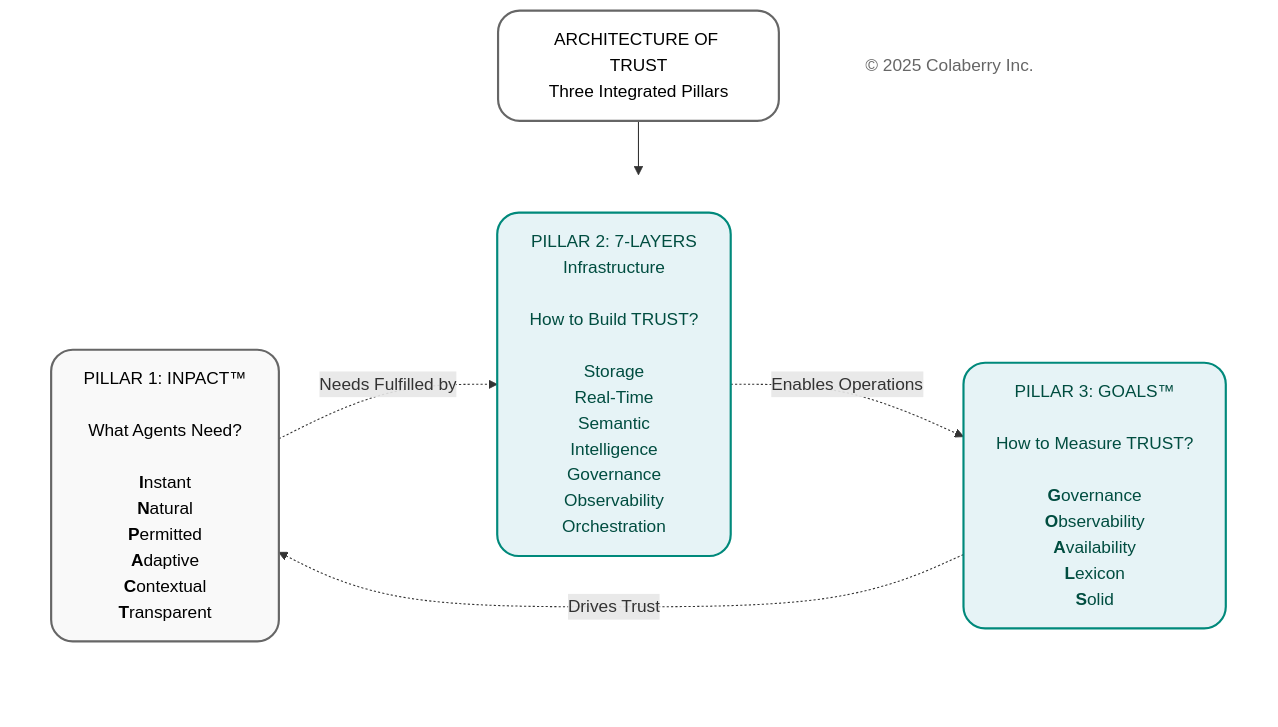
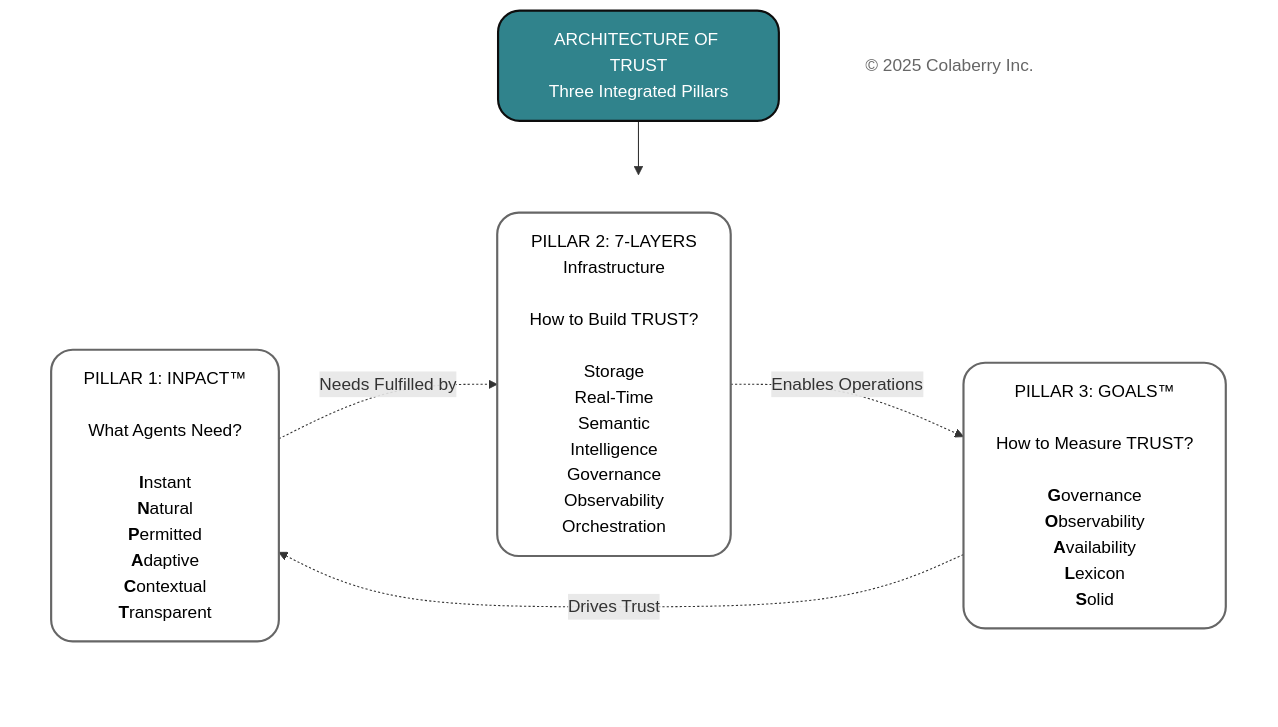
Before and after one commit to saitejesh-cyber/trust-before-intelligence-book: the second of 12 diagrams in manuscript/03_chapter_2_inpact_framework.md, drawn with Mermaid. The commit also changed other lines of this file, not shown here.

````diff
--- a/manuscript/03_chapter_2_inpact_framework.md
+++ b/manuscript/03_chapter_2_inpact_framework.md
@@ -71,33 +71,33 @@
 ```mermaid
 
 
 graph TB
     Title["ARCHITECTURE OF TRUST<br/>Three Integrated Pillars"]
     
     subgraph PILLARS[" "]
         direction LR
         INPACT["PILLAR 1: INPACT™<br/><br/>What Agents Need?<br/><br/><b>I</b>nstant<br/><b>N</b>atural<br/><b>P</b>ermitted<br/><b>A</b>daptive<br/><b>C</b>ontextual<br/><b>T</b>ransparent"]
         
         Layers["PILLAR 2: 7-LAYERS<br/>Infrastructure<br/><br/>How to Build TRUST?<br/><br/>Storage<br/>Real-Time<br/>Semantic<br/>Intelligence<br/>Governance<br/>Observability<br/>Orchestration"]
         
         GOALS["PILLAR 3: GOALS™<br/><br/>How to Measure TRUST?<br/><br/><b>G</b>overnance<br/><b>O</b>bservability<br/><b>A</b>vailability<br/><b>L</b>exicon<br/><b>S</b>olid"]
     end
     
     Copyright["© 2025 Colaberry Inc."]
     
     Title --> PILLARS
     
     INPACT -.->|"Needs Fulfilled by"| Layers
     Layers -.->|"Enables Operations"| GOALS
     GOALS -.->|"Drives Trust"| INPACT
     
-    style Title fill:#ffffff,stroke:#666666,stroke-width:2px,color:#000000,rx:20,ry:20
+    style Title fill:#30838C,stroke:#0D0D0D,stroke-width:2px,color:#ffffff,rx:20,ry:20
     style PILLARS fill:none,stroke:none
-    style INPACT fill:#f9f9f9,stroke:#666666,stroke-width:2px,color:#000000,rx:20,ry:20
-    style Layers fill:#e6f3f6,stroke:#00897b,stroke-width:2px,color:#004d40,rx:20,ry:20
-    style GOALS fill:#e6f3f6,stroke:#00897b,stroke-width:2px,color:#004d40,rx:20,ry:20
+    style INPACT fill:#ffffff,stroke:#666666,stroke-width:2px,color:#000000,rx:20,ry:20
+    style Layers fill:#ffffff,stroke:#666666,stroke-width:2px,color:#000000,rx:20,ry:20
+    style GOALS fill:#ffffff,stroke:#666666,stroke-width:2px,color:#000000,rx:20,ry:20
     style Copyright fill:none,stroke:none,color:#666666
 
 
 
 ```
````
